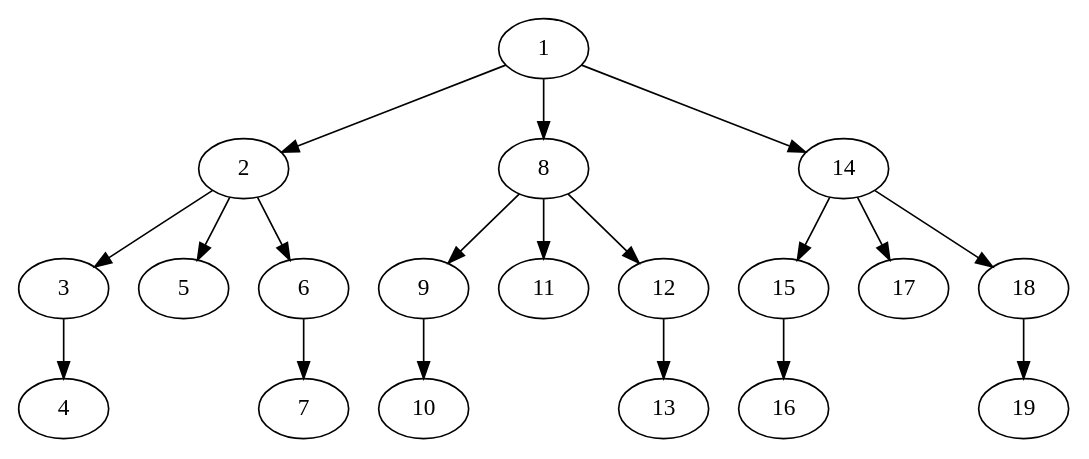
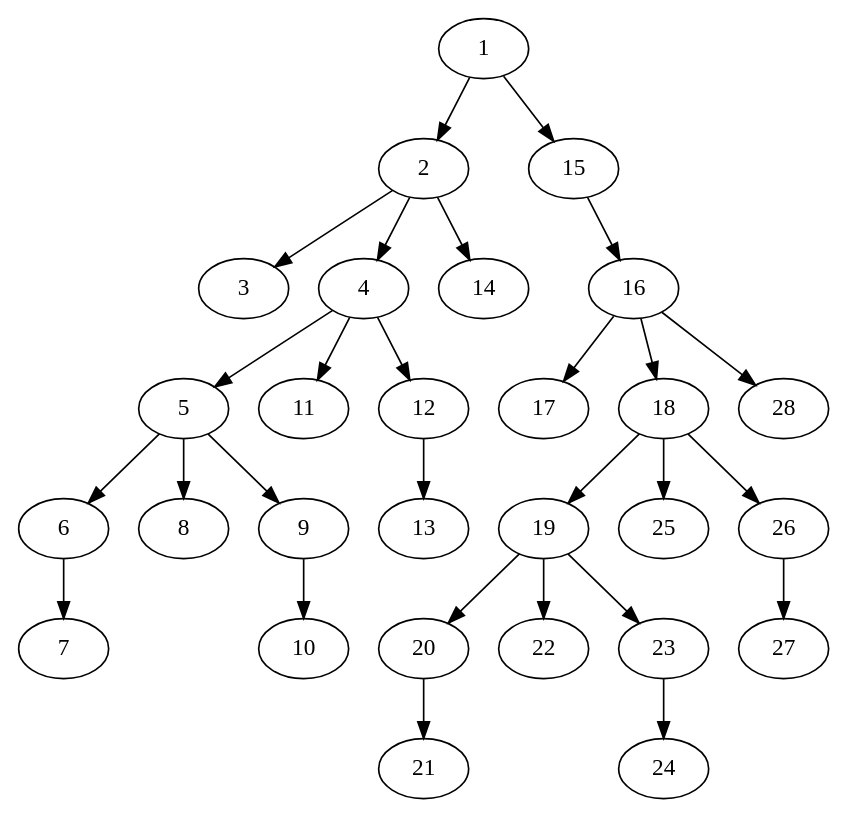
The diagram in caspian/src/ast_stuff.dot (Ajax12345/caspian-lang), drawn with Graphviz before and after one commit. The commit also changed 6 other files, not shown here.

```diff
--- a/caspian/src/ast_stuff.dot
+++ b/caspian/src/ast_stuff.dot
@@ -1,20 +1,29 @@
 strict digraph "" {
 	1 -> 2;
-	1 -> 8;
-	1 -> 14;
+	1 -> 15;
 	2 -> 3;
-	2 -> 5;
-	2 -> 6;
-	3 -> 4;
+	2 -> 4;
+	2 -> 14;
+	4 -> 5;
+	4 -> 11;
+	4 -> 12;
+	5 -> 6;
+	5 -> 8;
+	5 -> 9;
 	6 -> 7;
-	8 -> 9;
-	8 -> 11;
-	8 -> 12;
 	9 -> 10;
 	12 -> 13;
-	14 -> 15;
-	14 -> 17;
-	14 -> 18;
 	15 -> 16;
+	16 -> 17;
+	16 -> 18;
+	16 -> 28;
 	18 -> 19;
+	18 -> 25;
+	18 -> 26;
+	19 -> 20;
+	19 -> 22;
+	19 -> 23;
+	20 -> 21;
+	23 -> 24;
+	26 -> 27;
 }
```
